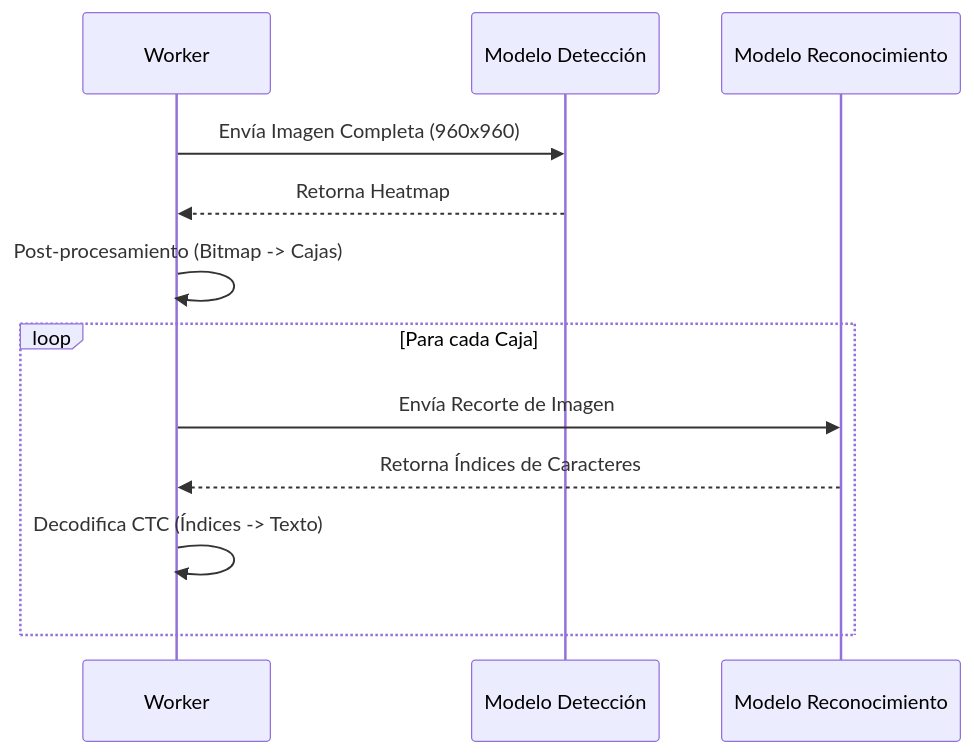
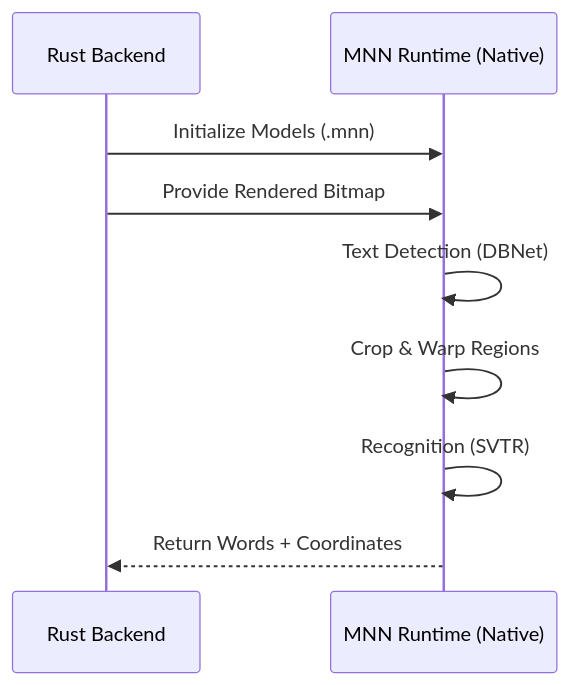
One commit to Mahynlo/glyphatlas-editor changed the diagram in docs/models.md. Above: the diagram before and after it, drawn with Mermaid. The commit also changed other lines of this file and 4 other files, not shown here.

Commit message:
feat: Implement native Rust/Tauri backend with PaddleOCR (MNN), update README, and add detailed architecture documentation.

````diff
--- a/docs/models.md
+++ b/docs/models.md
@@ -21,16 +19,12 @@
 ```mermaid
 sequenceDiagram
-    participant Worker
-    participant Detection as Modelo Detección
-    participant Recognition as Modelo Reconocimiento
+    participant Rust as Rust Backend
+    participant MNN as MNN Runtime (Native)
     
-    Worker->>Detection: Envía Imagen Completa (960x960)
-    Detection-->>Worker: Retorna Heatmap
-    Worker->>Worker: Post-procesamiento (Bitmap -> Cajas)
-    
-    loop Para cada Caja
-        Worker->>Recognition: Envía Recorte de Imagen
-        Recognition-->>Worker: Retorna Índices de Caracteres
-        Worker->>Worker: Decodifica CTC (Índices -> Texto)
-    end
+    Rust->>MNN: Initialize Models (.mnn)
+    Rust->>MNN: Provide Rendered Bitmap
+    MNN->>MNN: Text Detection (DBNet)
+    MNN->>MNN: Crop & Warp Regions
+    MNN->>MNN: Recognition (SVTR)
+    MNN-->>Rust: Return Words + Coordinates
 ```
````
